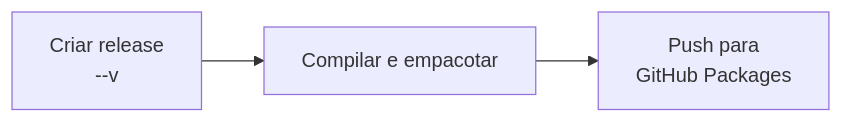
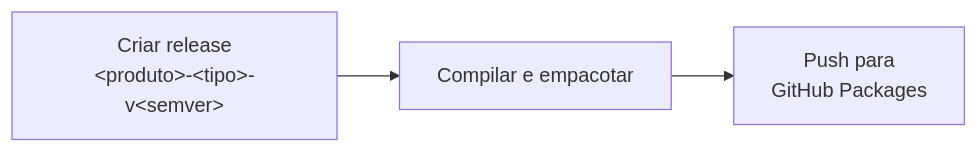
Before and after one commit to nfe/.github: the first of 3 diagrams in docs/production-repo-conventions.md, drawn with Mermaid. The commit also changed other lines of this file, not shown here.

````diff
--- a/docs/production-repo-conventions.md
+++ b/docs/production-repo-conventions.md
@@ -140,5 +137,5 @@
 ```mermaid
 flowchart LR
-  A[Criar release<br/><produto>-<tipo>-v<semver>] --> B[Compilar e empacotar]
+  A[Criar release<br/>&lt;produto&gt;-&lt;tipo&gt;-v&lt;semver&gt;] --> B[Compilar e empacotar]
   B --> C[Push para<br/>GitHub Packages]
 ```
````
